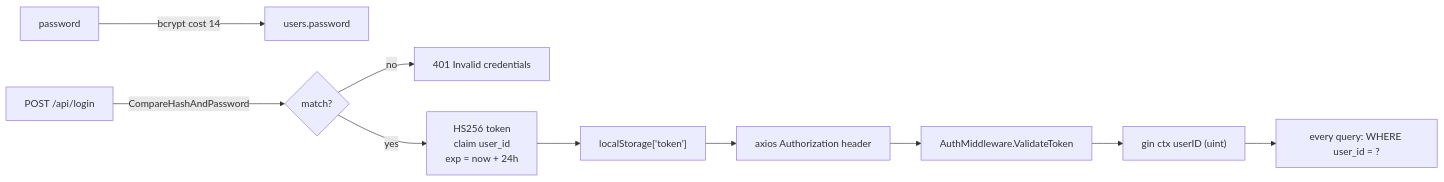
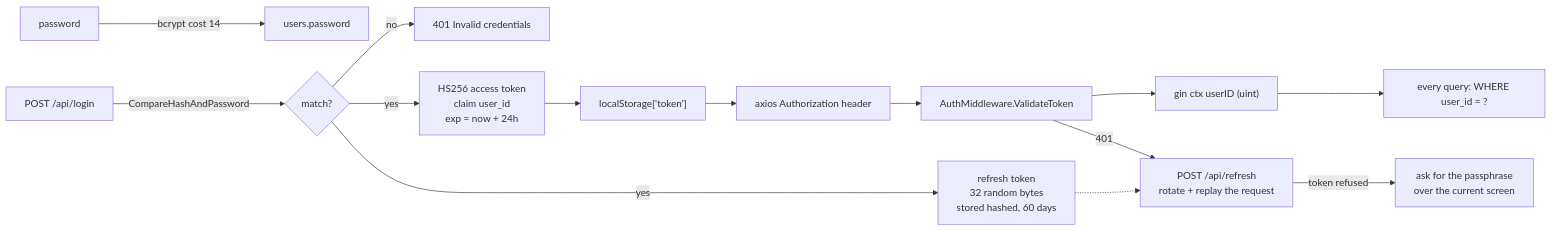
One commit to SirGrandmasterr/AlexithymiaLoveQuantifier changed the third of 3 diagrams in docs/02-architecture.md. Above: the diagram before and after it, drawn with Mermaid. The commit also changed other lines of this file and 35 other files, not shown here.

````diff
--- a/docs/02-architecture.md
+++ b/docs/02-architecture.md
@@ -172,12 +172,16 @@
 ```mermaid
 graph LR
     P["password"] -->|"bcrypt cost 14"| HASH["users.password"]
     LOGIN["POST /api/login"] -->|"CompareHashAndPassword"| OK{"match?"}
     OK -->|no| U401["401 Invalid credentials"]
-    OK -->|yes| JWT["HS256 token<br/>claim user_id<br/>exp = now + 24h"]
+    OK -->|yes| JWT["HS256 access token<br/>claim user_id<br/>exp = now + 24h"]
+    OK -->|yes| RT["refresh token<br/>32 random bytes<br/>stored hashed, 60 days"]
     JWT --> LS["localStorage['token']"]
     LS --> HDR["axios Authorization header"]
     HDR --> MWV["AuthMiddleware.ValidateToken"]
     MWV --> CTX["gin ctx userID (uint)"]
     CTX --> SCOPE["every query: WHERE user_id = ?"]
+    MWV -->|401| REF["POST /api/refresh<br/>rotate + replay the request"]
+    RT -.-> REF
+    REF -->|"token refused"| ASK["ask for the passphrase<br/>over the current screen"]
 ```
````
